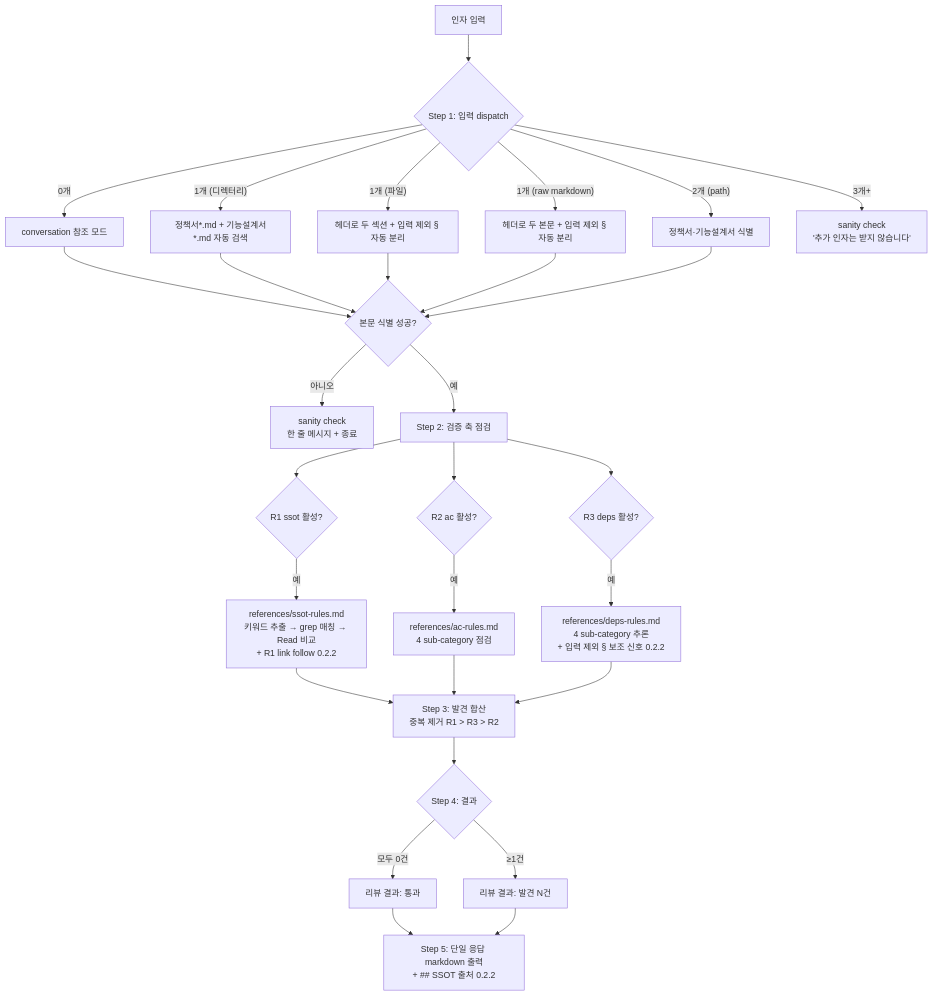
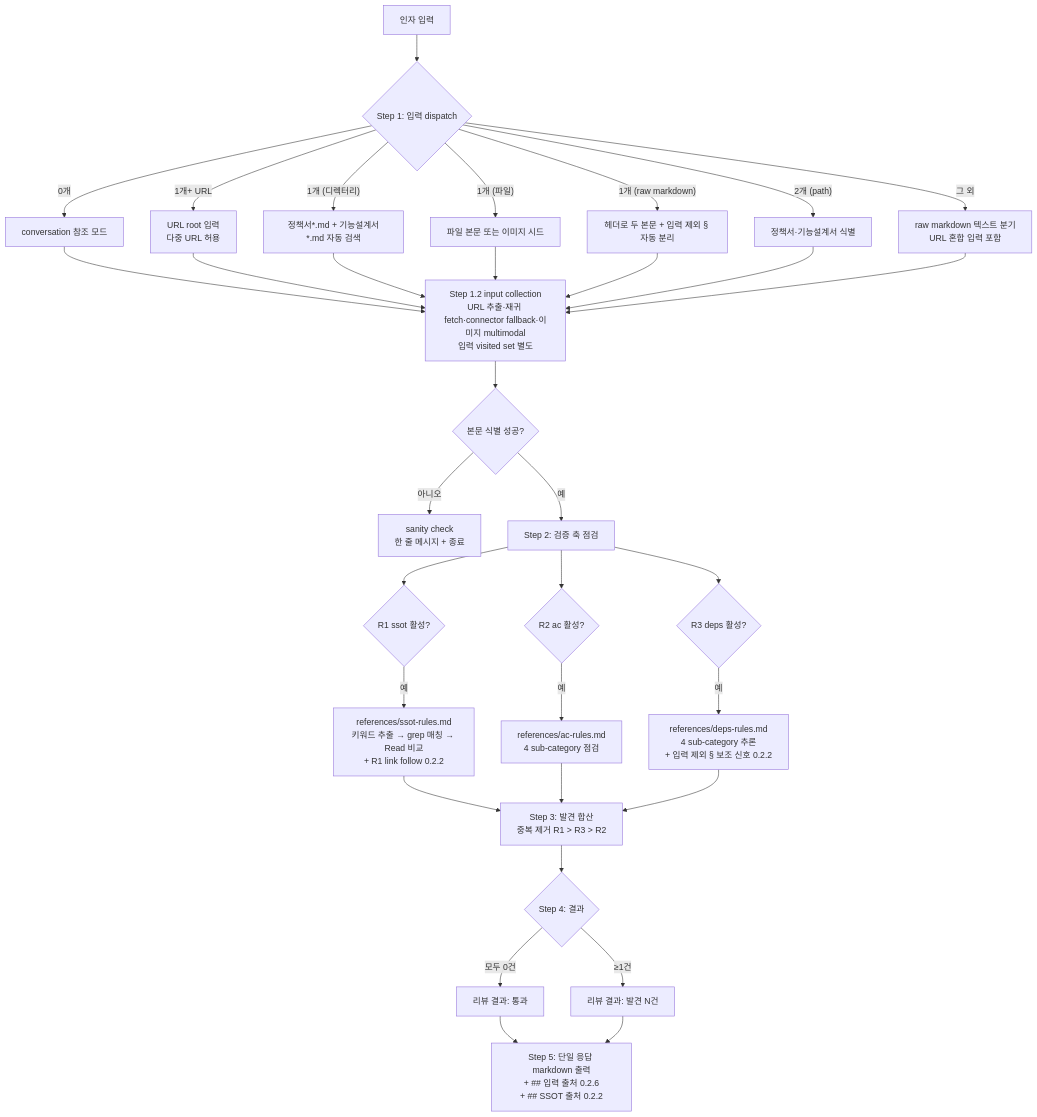
Before and after one commit to inkwonjung-colosseum/plugins: the first of 8 diagrams in planning-kit/docs/planning-review-workflow.md, drawn with Mermaid. The commit also changed other lines of this file and 15 other files, not shown here.

````diff
--- a/planning-kit/docs/planning-review-workflow.md
+++ b/planning-kit/docs/planning-review-workflow.md
@@ -9,37 +9,41 @@
 ```mermaid
 flowchart TD
   A[인자 입력] --> B{Step 1: 입력 dispatch}
   B -->|0개| BC[conversation 참조 모드]
+  B -->|"1개+ URL"| BU[URL root 입력<br/>다중 URL 허용]
   B -->|"1개 (디렉터리)"| B1[정책서*.md + 기능설계서*.md 자동 검색]
-  B -->|"1개 (파일)"| B2[헤더로 두 섹션 + 입력 제외 § 자동 분리]
+  B -->|"1개 (파일)"| B2[파일 본문 또는 이미지 시드]
   B -->|"1개 (raw markdown)"| B3[헤더로 두 본문 + 입력 제외 § 자동 분리]
   B -->|"2개 (path)"| B4[정책서·기능설계서 식별]
-  B -->|3개+| BX["sanity check<br/>'추가 인자는 받지 않습니다'"]
+  B -->|"그 외"| B5[raw markdown 텍스트 분기<br/>URL 혼합 입력 포함]
 
-  BC --> C{본문 식별 성공?}
-  B1 --> C
-  B2 --> C
-  B3 --> C
-  B4 --> C
+  BC --> IC[Step 1.2 input collection<br/>URL 추출·재귀 fetch·connector fallback·이미지 multimodal<br/>입력 visited set 별도]
+  BU --> IC
+  B1 --> IC
+  B2 --> IC
+  B3 --> IC
+  B4 --> IC
+  B5 --> IC
+  IC --> C{본문 식별 성공?}
   C -->|아니오| CX[sanity check<br/>한 줄 메시지 + 종료]
   C -->|예| D[Step 2: 검증 축 점검]
 
   D --> R1{R1 ssot 활성?}
   D --> R2{R2 ac 활성?}
   D --> R3{R3 deps 활성?}
 
   R1 -->|예| RR1[references/ssot-rules.md<br/>키워드 추출 → grep 매칭 → Read 비교<br/>+ R1 link follow 0.2.2]
   R2 -->|예| RR2[references/ac-rules.md<br/>4 sub-category 점검]
   R3 -->|예| RR3[references/deps-rules.md<br/>4 sub-category 추론<br/>+ 입력 제외 § 보조 신호 0.2.2]
 
   RR1 --> M[Step 3: 발견 합산<br/>중복 제거 R1 > R3 > R2]
   RR2 --> M
   RR3 --> M
 
   M --> N{Step 4: 결과}
   N -->|모두 0건| PASS[리뷰 결과: 통과]
   N -->|≥1건| FOUND[리뷰 결과: 발견 N건]
 
-  PASS --> OUT[Step 5: 단일 응답 markdown 출력<br/>+ ## SSOT 출처 0.2.2]
+  PASS --> OUT[Step 5: 단일 응답 markdown 출력<br/>+ ## 입력 출처 0.2.6<br/>+ ## SSOT 출처 0.2.2]
   FOUND --> OUT
 ```
````
